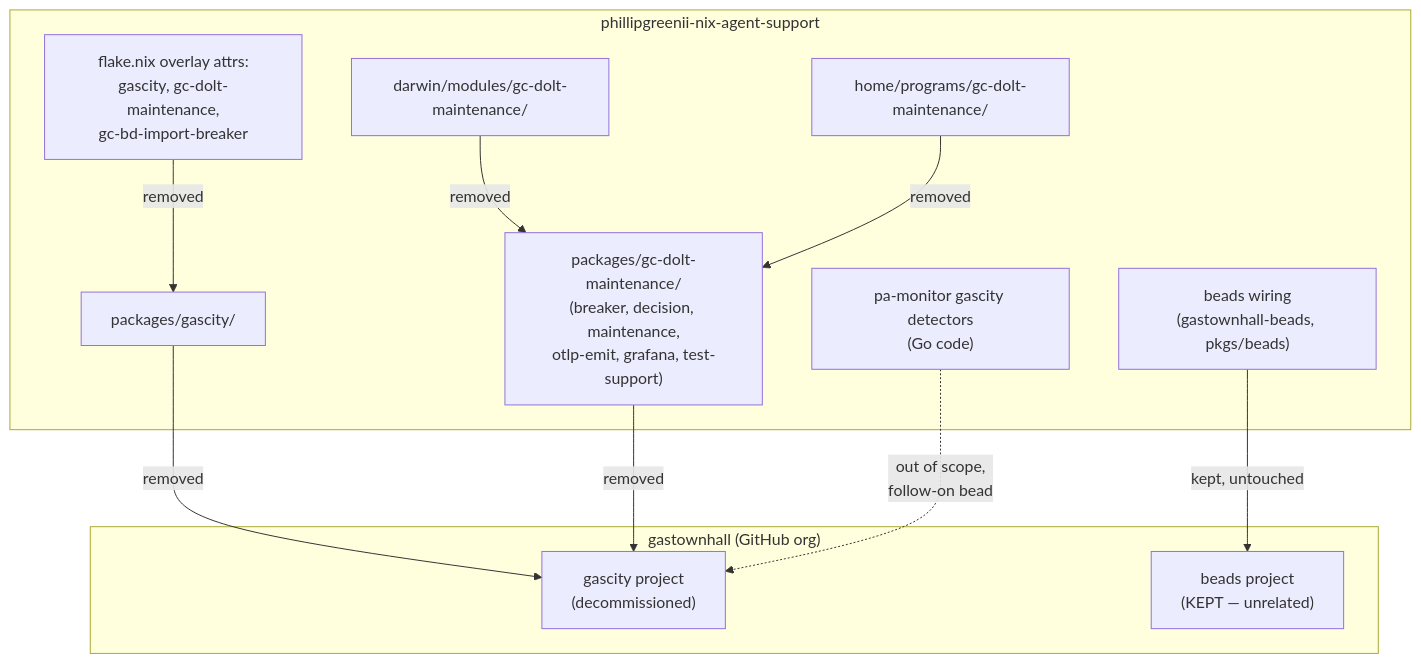
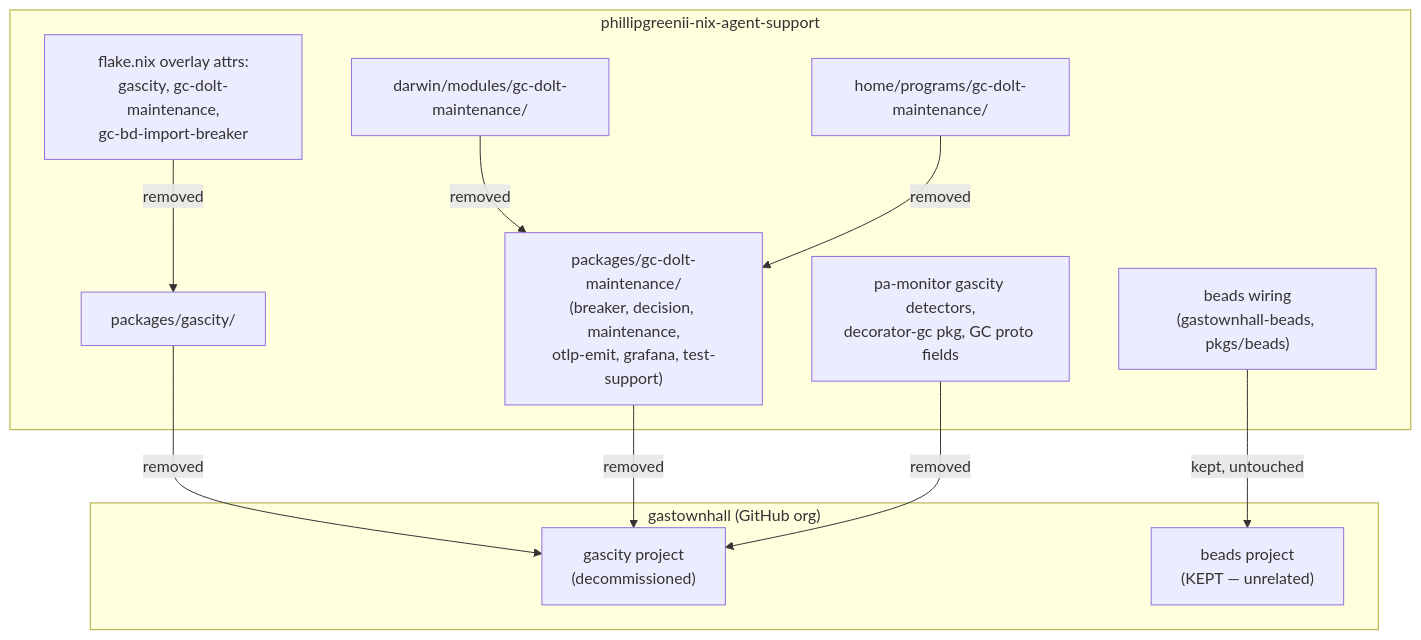
The diagram in docs/adr/0030-decommission-gascity.md (phillipgreenii/nix-agent-support), drawn with Mermaid before and after one commit. The commit also changed other lines of this file, not shown here.

First line of the commit message:
docs(adr): reconcile ADR 0030 scope to include pa-monitor gascity removal (pg2-hy2oq)

````diff
--- a/docs/adr/0030-decommission-gascity.md
+++ b/docs/adr/0030-decommission-gascity.md
@@ -72,18 +79,18 @@
 ```mermaid
 flowchart TD
     subgraph gastownhall["gastownhall (GitHub org)"]
         gascity["gascity project<br/>(decommissioned)"]
         beadsProj["beads project<br/>(KEPT — unrelated)"]
     end
 
     subgraph repo["phillipgreenii-nix-agent-support"]
         pkgGascity["packages/gascity/"] -->|removed| gascity
         pkgGcDolt["packages/gc-dolt-maintenance/<br/>(breaker, decision, maintenance,<br/>otlp-emit, grafana, test-support)"] -->|removed| gascity
         darwinMod["darwin/modules/gc-dolt-maintenance/"] -->|removed| pkgGcDolt
         homeMod["home/programs/gc-dolt-maintenance/"] -->|removed| pkgGcDolt
         flakeOverlay["flake.nix overlay attrs:<br/>gascity, gc-dolt-maintenance,<br/>gc-bd-import-breaker"] -->|removed| pkgGascity
 
         pkgBeads["beads wiring<br/>(gastownhall-beads, pkgs/beads)"] -->|kept, untouched| beadsProj
-        paMonitor["pa-monitor gascity detectors<br/>(Go code)"] -.->|out of scope,<br/>follow-on bead| gascity
+        paMonitor["pa-monitor gascity detectors,<br/>decorator-gc pkg, GC proto fields"] -->|removed| gascity
     end
 ```
````
